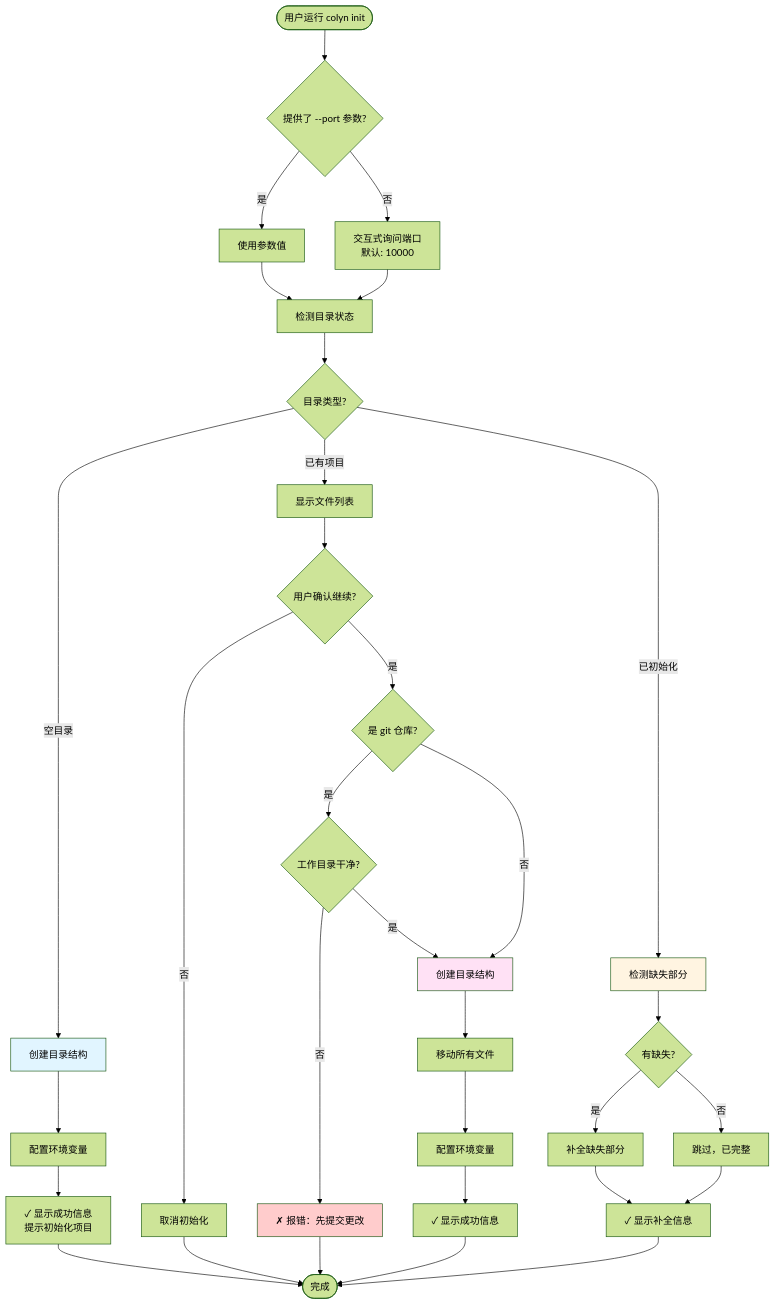
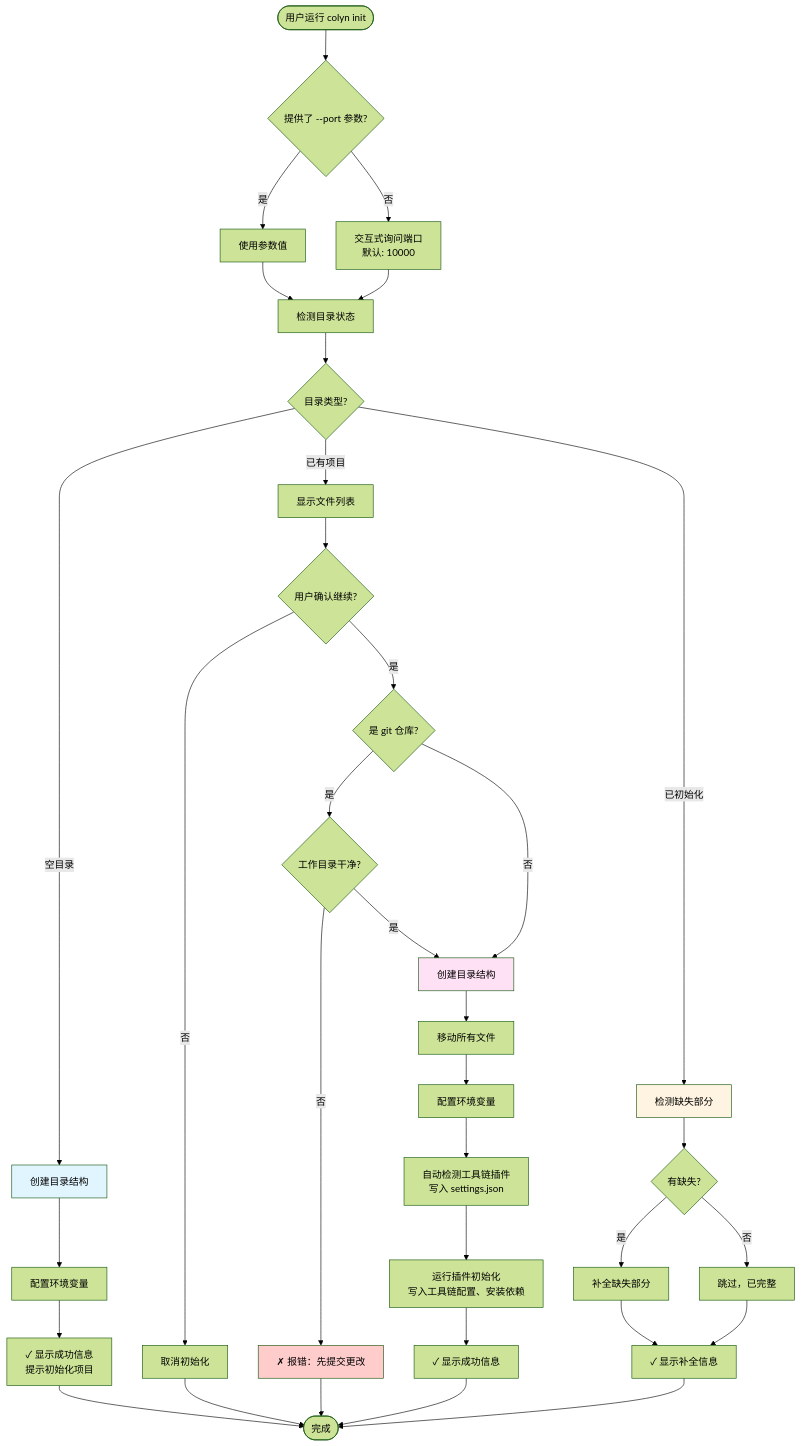
The first of 6 diagrams in docs/design-init-command.md (colin-han/colyn), drawn with Mermaid (forest theme) before and after one commit. The commit also changed other lines of this file and 9 other files, not shown here.

````diff
--- a/docs/design-init-command.md
+++ b/docs/design-init-command.md
@@ -180,52 +183,54 @@
 ```mermaid
 graph TD
     Start([用户运行 colyn init]) --> CheckPort{提供了 --port 参数?}
 
     CheckPort -->|是| UsePort[使用参数值]
     CheckPort -->|否| AskPort[交互式询问端口<br/>默认: 10000]
 
     UsePort --> DetectDir[检测目录状态]
     AskPort --> DetectDir
 
     DetectDir --> DirType{目录类型?}
 
     %% 空目录流程
     DirType -->|空目录| EmptyCreate[创建目录结构]
     EmptyCreate --> EmptyEnv[配置环境变量]
     EmptyEnv --> EmptySuccess[✓ 显示成功信息<br/>提示初始化项目]
     EmptySuccess --> End([完成])
 
     %% 已有项目流程
     DirType -->|已有项目| ShowFiles[显示文件列表]
     ShowFiles --> AskConfirm{用户确认继续?}
     AskConfirm -->|否| Cancel[取消初始化]
     AskConfirm -->|是| CheckGit{是 git 仓库?}
 
     CheckGit -->|是| CheckClean{工作目录干净?}
     CheckGit -->|否| CreateDirs
 
     CheckClean -->|否| ErrorDirty[✗ 报错：先提交更改]
     CheckClean -->|是| CreateDirs[创建目录结构]
 
     CreateDirs --> MoveFiles[移动所有文件]
     MoveFiles --> ConfigEnv[配置环境变量]
-    ConfigEnv --> ProjectSuccess[✓ 显示成功信息]
+    ConfigEnv --> DetectPlugins[自动检测工具链插件<br/>写入 settings.json]
+    DetectPlugins --> RunPluginInit[运行插件初始化<br/>写入工具链配置、安装依赖]
+    RunPluginInit --> ProjectSuccess[✓ 显示成功信息]
     ProjectSuccess --> End
 
     %% 已初始化流程
     DirType -->|已初始化| CheckMissing[检测缺失部分]
     CheckMissing --> HasMissing{有缺失?}
     HasMissing -->|是| CompleteMissing[补全缺失部分]
     HasMissing -->|否| SkipComplete[跳过，已完整]
     CompleteMissing --> CompleteSuccess[✓ 显示补全信息]
     SkipComplete --> CompleteSuccess
     CompleteSuccess --> End
 
     Cancel --> End
     ErrorDirty --> End
 
     style EmptyCreate fill:#e1f5ff
     style CreateDirs fill:#ffe1f5
     style CheckMissing fill:#fff4e1
     style ErrorDirty fill:#ffcccc
 ```
````
